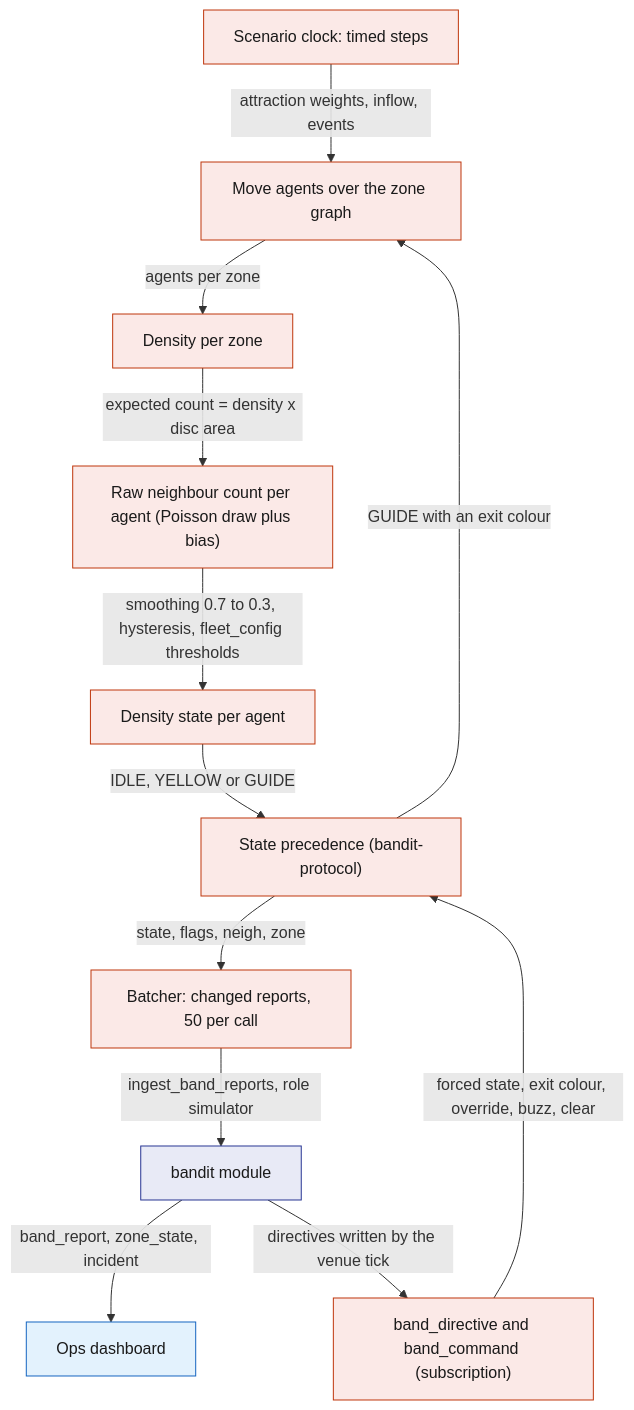
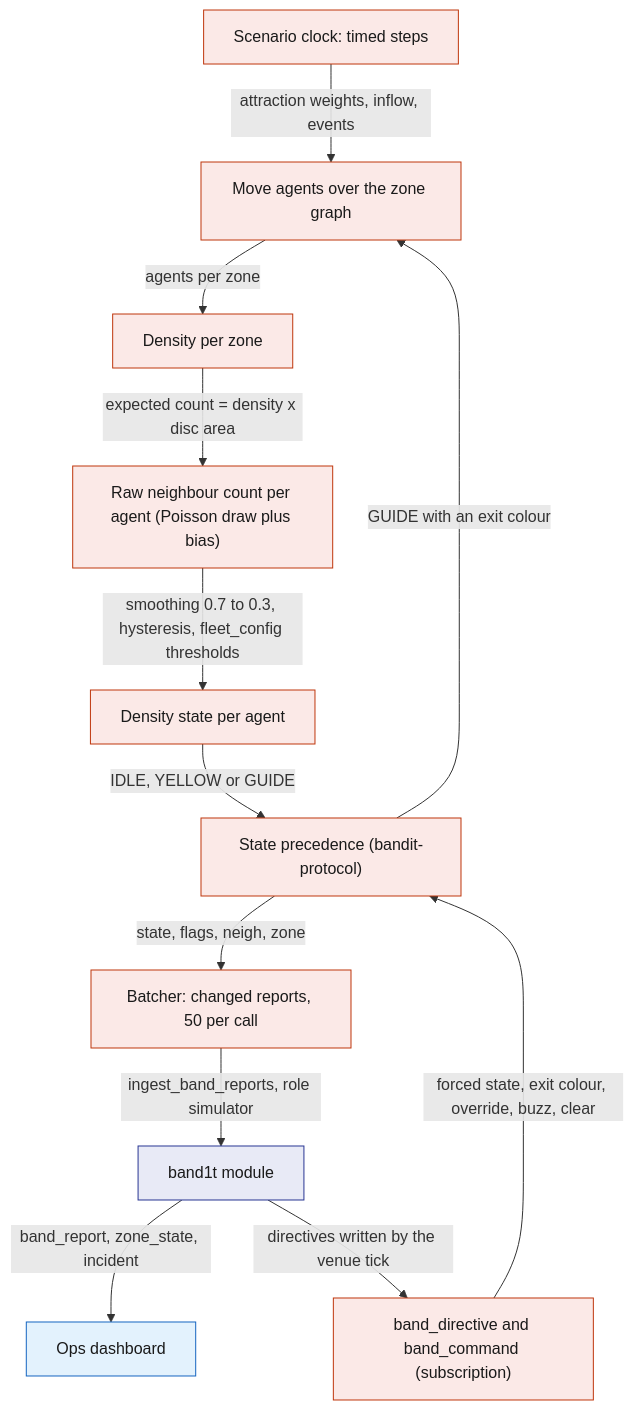
One commit to viktorinkov/cal-hacks-13 changed the first of 2 diagrams in System Design/3-services/Simulator.md. Above: the diagram before and after it, drawn with Mermaid. The commit also changed other lines of this file and 21 other files, not shown here.

````diff
--- a/System Design/3-services/Simulator.md
+++ b/System Design/3-services/Simulator.md
@@ -67,20 +67,20 @@
 ```mermaid
 flowchart TB
     SC["Scenario clock: timed steps"] -->|"attraction weights, inflow, events"| MV["Move agents over the zone graph"]
     MV -->|"agents per zone"| DN["Density per zone"]
     DN -->|"expected count = density x disc area"| NB["Raw neighbour count per agent (Poisson draw plus bias)"]
     NB -->|"smoothing 0.7 to 0.3, hysteresis, fleet_config thresholds"| DS["Density state per agent"]
     DIR["band_directive and band_command (subscription)"] -->|"forced state, exit colour, override, buzz, clear"| PR["State precedence (bandit-protocol)"]
     DS -->|"IDLE, YELLOW or GUIDE"| PR
     PR -->|"GUIDE with an exit colour"| MV
     PR -->|"state, flags, neigh, zone"| BT["Batcher: changed reports, 50 per call"]
-    BT -->|"ingest_band_reports, role simulator"| STDB["bandit module"]
+    BT -->|"ingest_band_reports, role simulator"| STDB["band1t module"]
     STDB -->|"band_report, zone_state, incident"| DB["Ops dashboard"]
     STDB -->|"directives written by the venue tick"| DIR
     classDef rust fill:#FBE9E7,stroke:#BF360C,color:#1A1A1A
     classDef stdb fill:#E8EAF6,stroke:#283593,color:#1A1A1A
     classDef web fill:#E3F2FD,stroke:#1565C0,color:#1A1A1A
     class SC,MV,DN,NB,DS,PR,BT,DIR rust
     class STDB stdb
     class DB web
 ```
````
